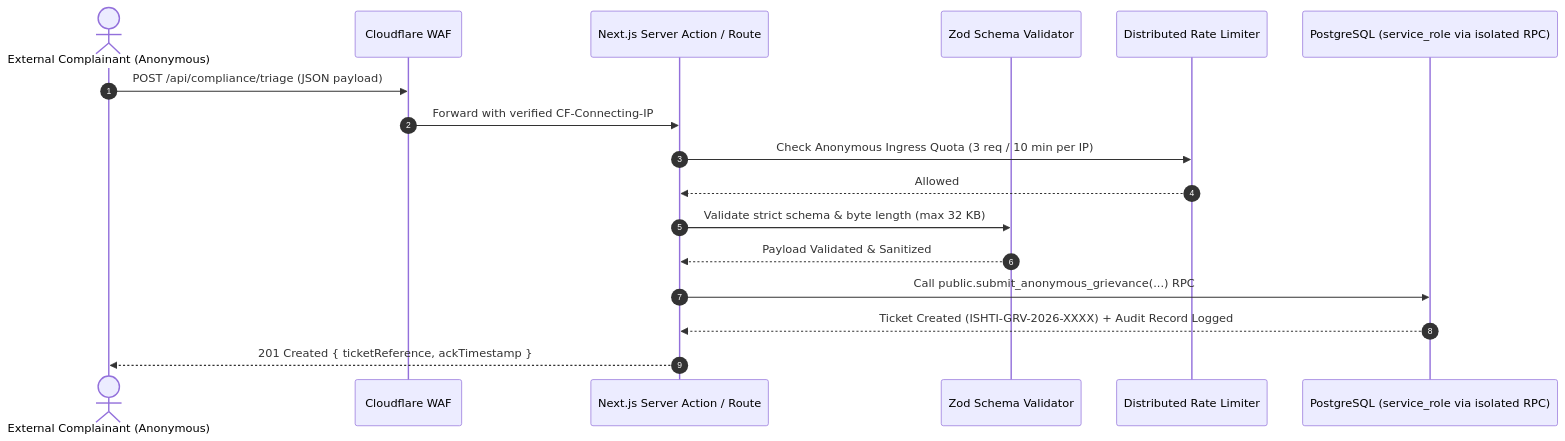
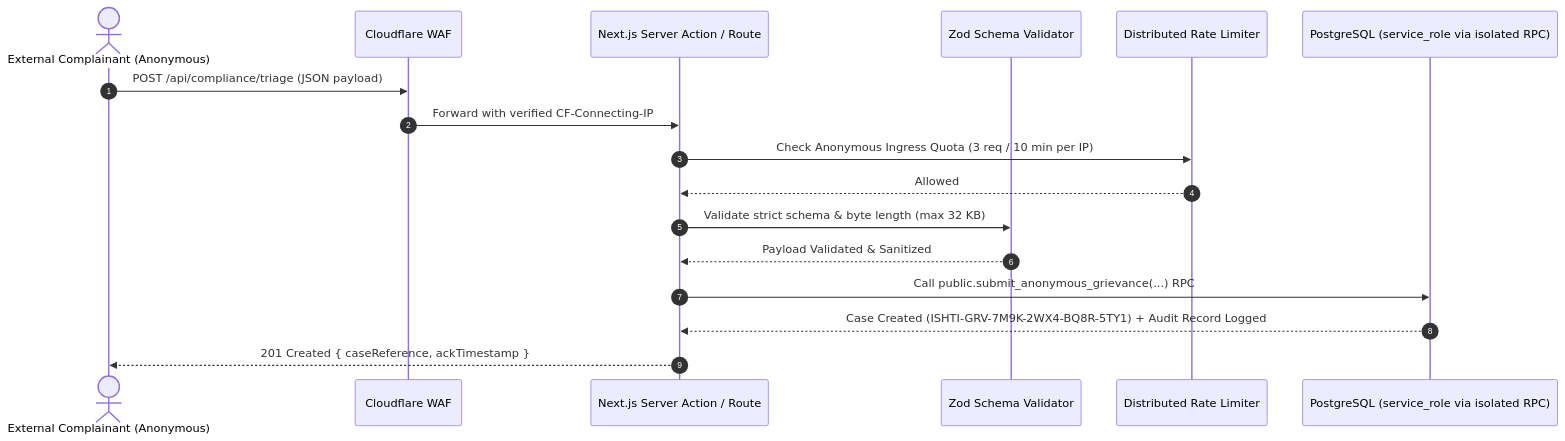
The third of 5 diagrams in docs/M06_ARCHITECTURE_AND_IMPLEMENTATION_PLAN.md (Sunder-Chauhan/Ishti-OS), drawn with Mermaid before and after one commit. The commit also changed other lines of this file and 8 other files, not shown here.

Commit message:
docs(m06): reconcile timestamp provenance, evidence integrity, and audit security (ADR-040)

````diff
--- a/docs/M06_ARCHITECTURE_AND_IMPLEMENTATION_PLAN.md
+++ b/docs/M06_ARCHITECTURE_AND_IMPLEMENTATION_PLAN.md
@@ -210,20 +251,20 @@
 ```mermaid
 sequenceDiagram
     autonumber
     actor Complainant as External Complainant (Anonymous)
     participant WAF as Cloudflare WAF
     participant Action as Next.js Server Action / Route
     participant Zod as Zod Schema Validator
     participant Limiter as Distributed Rate Limiter
     participant DB as PostgreSQL (service_role via isolated RPC)
     
     Complainant->>WAF: POST /api/compliance/triage (JSON payload)
     WAF->>Action: Forward with verified CF-Connecting-IP
     Action->>Limiter: Check Anonymous Ingress Quota (3 req / 10 min per IP)
     Limiter-->>Action: Allowed
     Action->>Zod: Validate strict schema & byte length (max 32 KB)
     Zod-->>Action: Payload Validated & Sanitized
     Action->>DB: Call public.submit_anonymous_grievance(...) RPC
-    DB-->>Action: Ticket Created (ISHTI-GRV-2026-XXXX) + Audit Record Logged
-    Action-->>Complainant: 201 Created { ticketReference, ackTimestamp }
+    DB-->>Action: Case Created (ISHTI-GRV-7M9K-2WX4-BQ8R-5TY1) + Audit Record Logged
+    Action-->>Complainant: 201 Created { caseReference, ackTimestamp }
 ```
````
